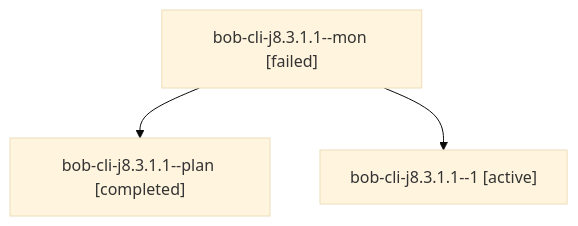
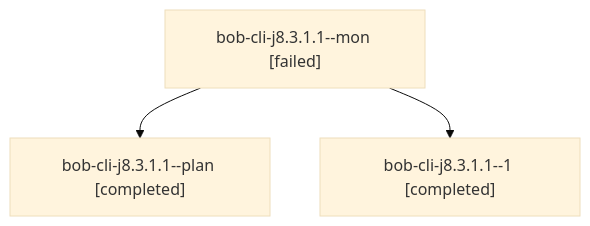
The diagram in sessions/bbugyi200.apollo.bob-cli-j8.3.1.1.md (bobs-org/bob-cli--agents), drawn with Mermaid (base theme) before and after one commit. The commit also changed other lines of this file and 61 other files, not shown here.

````diff
--- a/sessions/bbugyi200.apollo.bob-cli-j8.3.1.1.md
+++ b/sessions/bbugyi200.apollo.bob-cli-j8.3.1.1.md
@@ -9,8 +9,8 @@
 ```mermaid
 flowchart TD
   n0["bob-cli-j8.3.1.1--mon [failed]"]
   n1["bob-cli-j8.3.1.1--plan [completed]"]
   n0 --> n1
-  n2["bob-cli-j8.3.1.1--1 [active]"]
+  n2["bob-cli-j8.3.1.1--1 [completed]"]
   n0 --> n2
 ```
````
